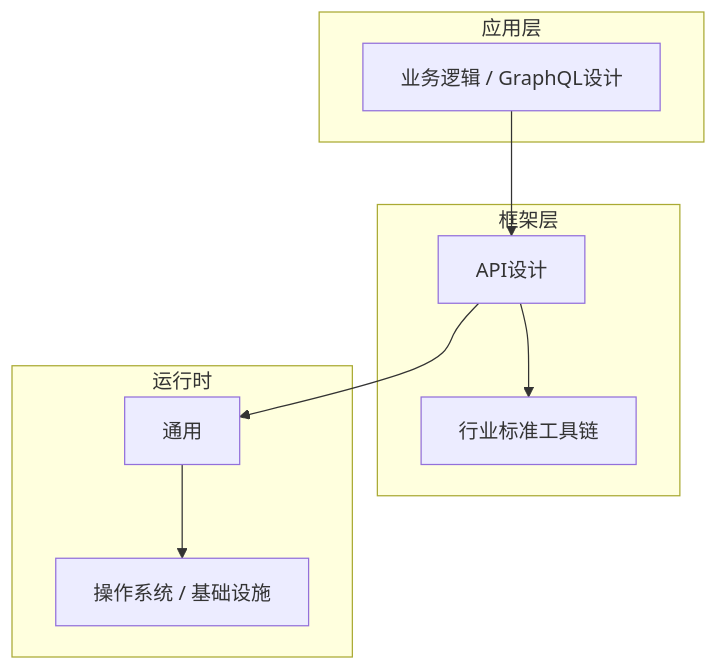
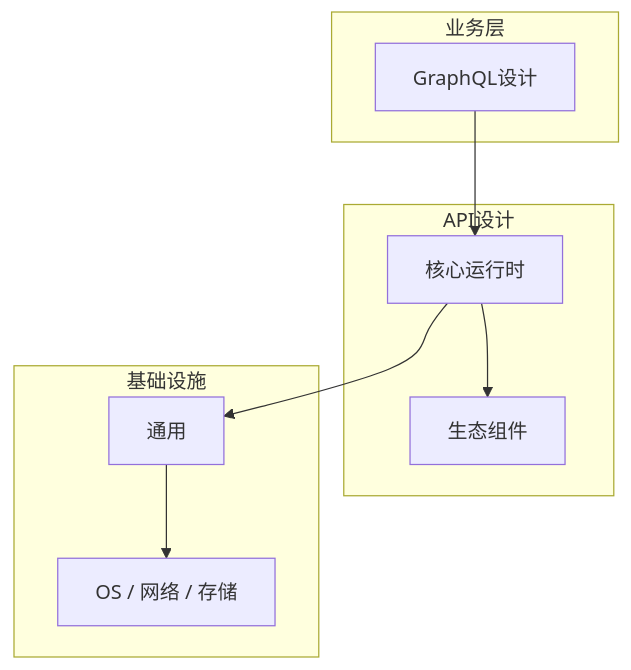
One commit to yanggan2015/knowledge-json-v2 changed the diagram in articles/API设计/chapters/013-GraphQL设计核心概念与原理.md. Above: the diagram before and after it, drawn with Mermaid. The commit also changed other lines of this file and 10127 other files, not shown here.

````diff
--- a/articles/API设计/chapters/013-GraphQL设计核心概念与原理.md
+++ b/articles/API设计/chapters/013-GraphQL设计核心概念与原理.md
@@ -45,18 +34,18 @@
 ```mermaid
 graph TB
-    subgraph 应用层
-        A[业务逻辑 / GraphQL设计]
+    subgraph 业务层
+        A[GraphQL设计]
     end
-    subgraph 框架层
-        B[API设计]
-        C[行业标准工具链]
+    subgraph API设计
+        B[核心运行时]
+        C[生态组件]
     end
-    subgraph 运行时
+    subgraph 基础设施
         D[通用]
-        E[操作系统 / 基础设施]
+        E[OS / 网络 / 存储]
     end
     A --> B
     B --> C
     B --> D
     D --> E
 ```
````
